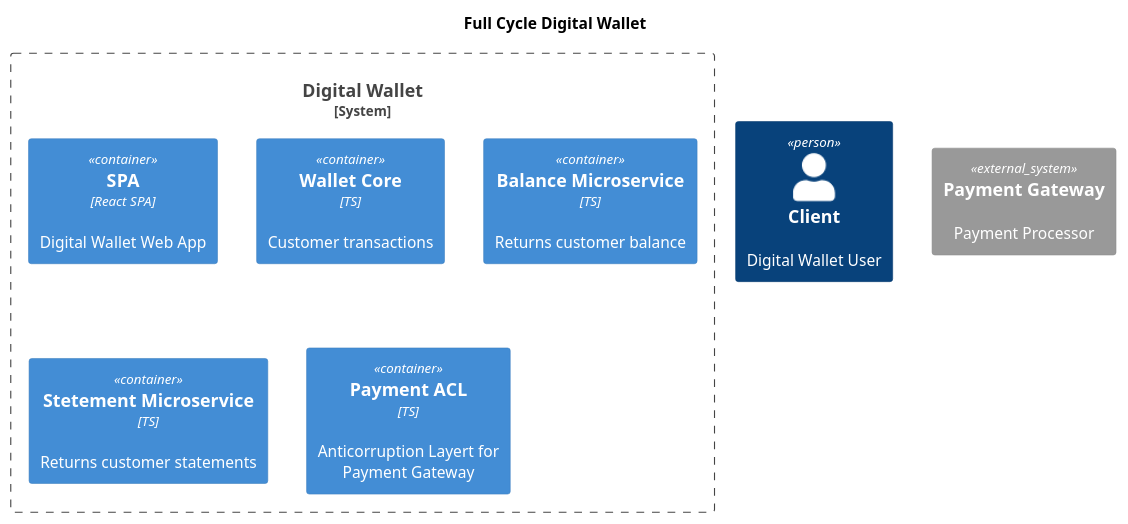
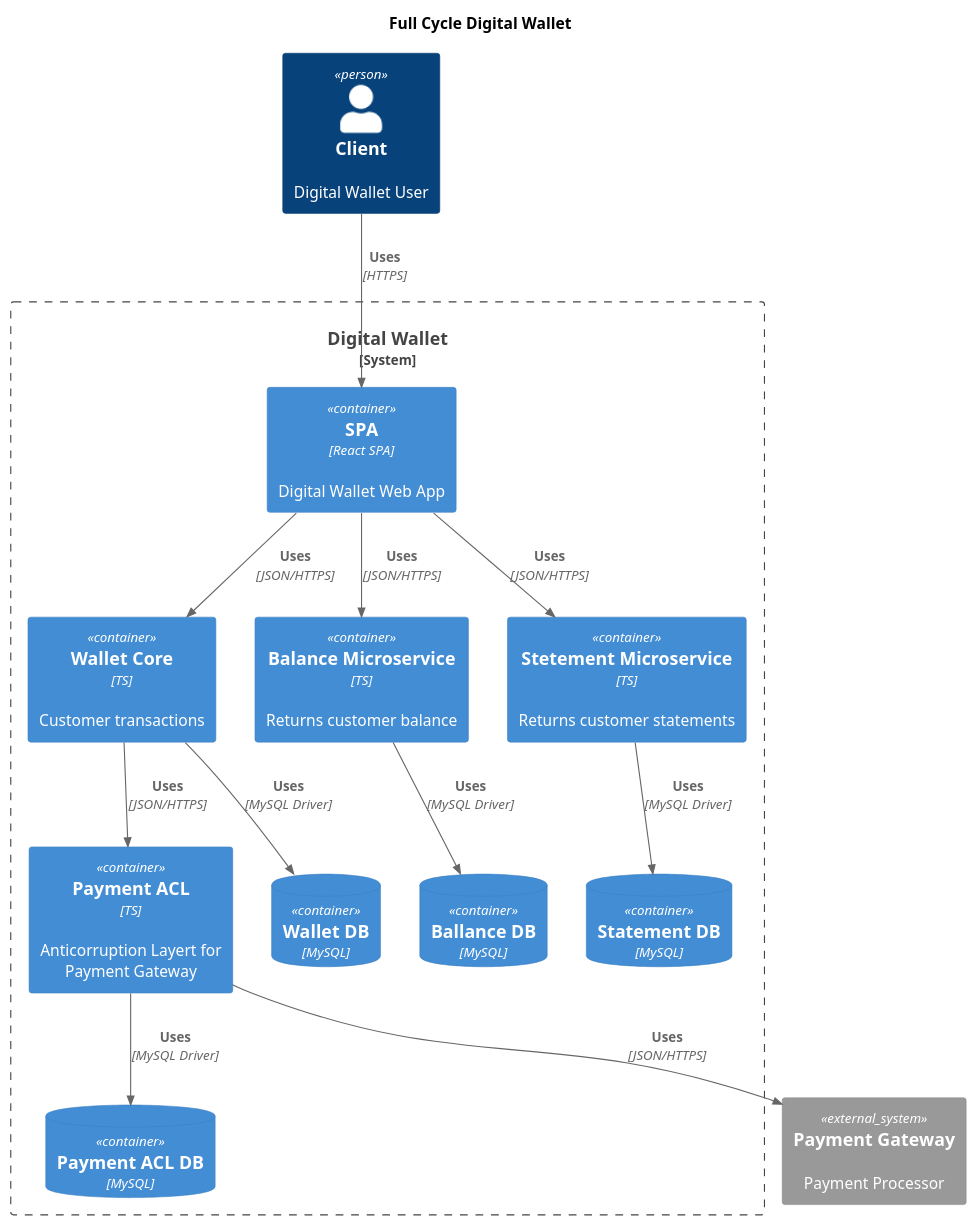
The diagram in containers.puml (emiliosheinz/full-cycle-microservices-based-architecture), drawn with PlantUML before and after one commit.

Commit message:
feat: add relations

```diff
--- a/containers.puml
+++ b/containers.puml
@@ -1,17 +1,37 @@
 @startuml
 !include https://raw.githubusercontent.com/plantuml-stdlib/C4-PlantUML/master/C4_Container.puml
 
 title "Full Cycle Digital Wallet"
 
 Person(client, "Client", "Digital Wallet User")
 System_Ext(payment_gateway, "Payment Gateway", "Payment Processor")
 
 System_Boundary(digital_wallet, "Digital Wallet") {
   Container(spa, "SPA", "React SPA", "Digital Wallet Web App")
   Container(wallet_core, "Wallet Core ", "TS", "Customer transactions")
   Container(ballance_service, "Balance Microservice", "TS", "Returns customer balance")
   Container(statement_service, "Stetement Microservice", "TS", "Returns customer statements")
   Container(payment_acl, "Payment ACL", "TS", "Anticorruption Layert for Payment Gateway")
+
+  ContainerDb(wallet_core_db, "Wallet DB", "MySQL")
+  Rel(wallet_core, wallet_core_db, "Uses", "MySQL Driver")
+
+  ContainerDb(balance_db, "Ballance DB", "MySQL")
+  Rel(ballance_service, balance_db, "Uses", "MySQL Driver")
+
+  ContainerDb(statement_db, "Statement DB", "MySQL")
+  Rel(statement_service, statement_db, "Uses", "MySQL Driver")
+
+  ContainerDb(payment_acl_db, "Payment ACL DB", "MySQL")
+  Rel(payment_acl, payment_acl_db, "Uses", "MySQL Driver")
+
+  Rel(client, spa, "Uses", "HTTPS")
+  Rel(spa, wallet_core, "Uses", "JSON/HTTPS")
+  Rel(spa, ballance_service, "Uses", "JSON/HTTPS")
+  Rel(spa, statement_service, "Uses", "JSON/HTTPS")
+
+  Rel(wallet_core, payment_acl, "Uses", "JSON/HTTPS")
+  Rel(payment_acl, payment_gateway, "Uses", "JSON/HTTPS")
 }
 
 @enduml
```
